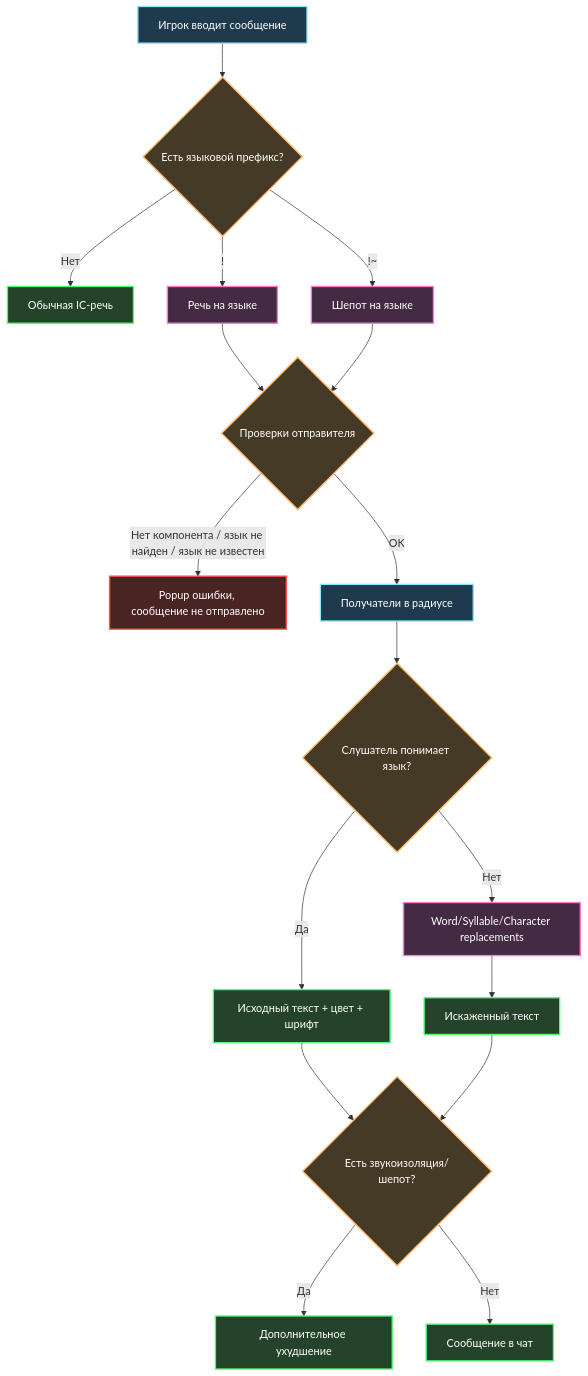
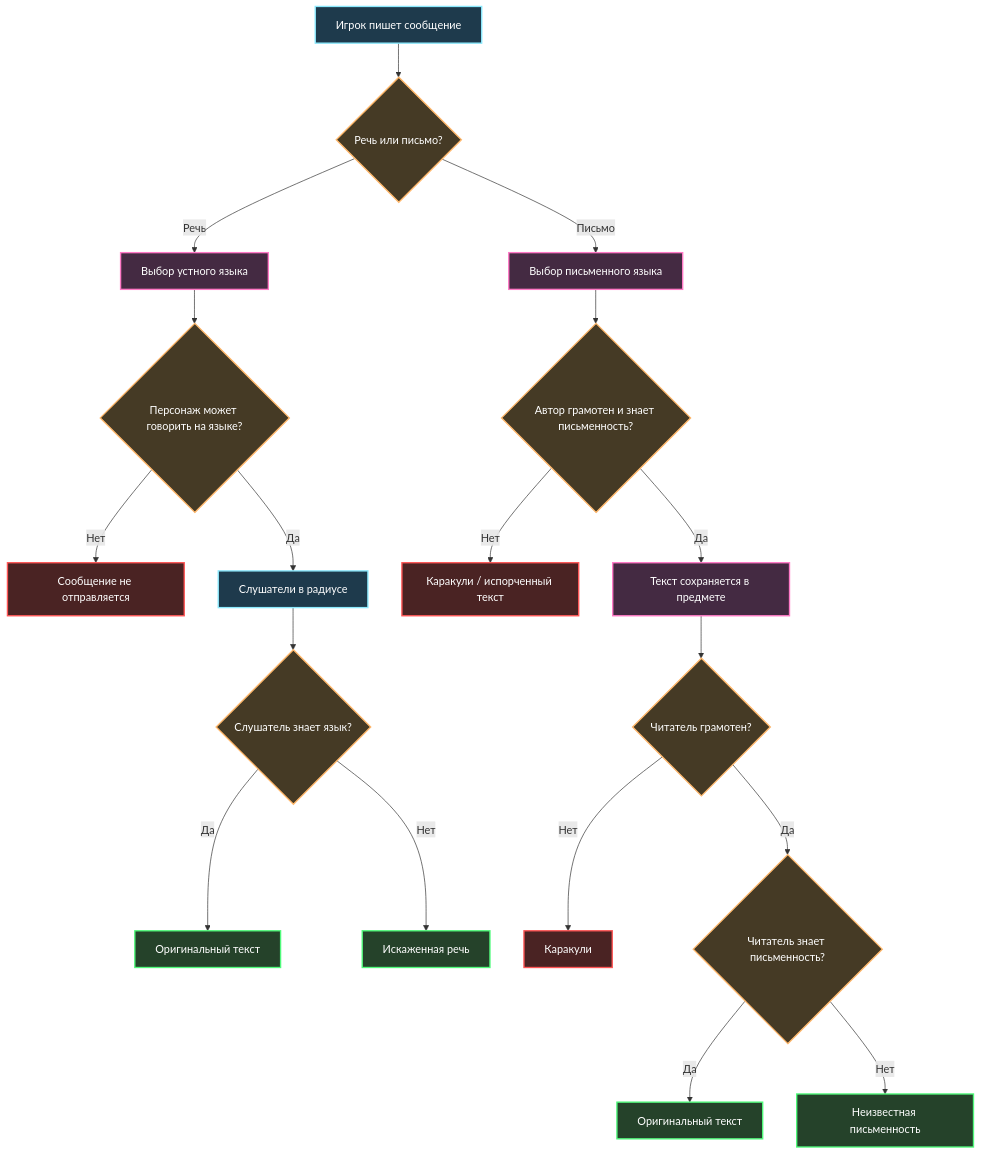
The diagram in src/social/languages.md (Shelkarian/Shelkarian.github.io), drawn with Mermaid before and after one commit. The commit also changed other lines of this file, not shown here.

````diff
--- a/src/social/languages.md
+++ b/src/social/languages.md
@@ -105,28 +171,28 @@
 ```mermaid
 graph TD
     classDef actor fill:#1e3a4c,stroke:#8be9fd,stroke-width:2px,color:#fff;
-    classDef data fill:#442a42,stroke:#ff79c6,stroke-width:2px,color:#fff;
     classDef check fill:#453a25,stroke:#ffb86c,stroke-width:2px,color:#fff;
     classDef result fill:#25422a,stroke:#50fa7b,stroke-width:2px,color:#fff;
     classDef fail fill:#4a2323,stroke:#ff5555,stroke-width:2px,color:#fff;
+    classDef item fill:#442a42,stroke:#ff79c6,stroke-width:2px,color:#fff;
 
-    Input["Игрок вводит сообщение"]:::actor --> Prefix{"Есть языковой префикс?"}:::check
-    Prefix -- "Нет" --> Local["Обычная IC-речь"]:::result
-    Prefix -- "!<key>" --> LangKey["Речь на языке"]:::data
-    Prefix -- "!~<key>" --> WhisperKey["Шепот на языке"]:::data
+    Start["Игрок пишет сообщение"]:::actor --> Mode{"Речь или письмо?"}:::check
 
-    LangKey --> SenderChecks{"Проверки отправителя"}:::check
-    WhisperKey --> SenderChecks
-    SenderChecks -- "Нет компонента / язык не найден / язык не известен" --> Error["Popup ошибки, сообщение не отправлено"]:::fail
-    SenderChecks -- "OK" --> Recipients["Получатели в радиусе"]:::actor
+    Mode -- "Речь" --> SelectSpeech["Выбор устного языка"]:::item
+    SelectSpeech --> CanSpeak{"Персонаж может говорить на языке?"}:::check
+    CanSpeak -- "Нет" --> SpeechFail["Сообщение не отправляется"]:::fail
+    CanSpeak -- "Да" --> Hearers["Слушатели в радиусе"]:::actor
+    Hearers --> KnowSpeech{"Слушатель знает язык?"}:::check
+    KnowSpeech -- "Да" --> ClearSpeech["Оригинальный текст"]:::result
+    KnowSpeech -- "Нет" --> BadSpeech["Искаженная речь"]:::result
 
-    Recipients --> Understands{"Слушатель понимает язык?"}:::check
-    Understands -- "Да" --> Original["Исходный текст + цвет + шрифт"]:::result
-    Understands -- "Нет" --> Dataset["Word/Syllable/Character replacements"]:::data
-    Dataset --> Distortion["Искаженный текст"]:::result
-
-    Original --> Insulation{"Есть звукоизоляция/шепот?"}:::check
-    Distortion --> Insulation
-    Insulation -- "Да" --> ExtraObfuscation["Дополнительное ухудшение"]:::result
-    Insulation -- "Нет" --> Chat["Сообщение в чат"]:::result
+    Mode -- "Письмо" --> SelectWriting["Выбор письменного языка"]:::item
+    SelectWriting --> AuthorLit{"Автор грамотен и знает письменность?"}:::check
+    AuthorLit -- "Нет" --> BadWriting["Каракули / испорченный текст"]:::fail
+    AuthorLit -- "Да" --> Book["Текст сохраняется в предмете"]:::item
+    Book --> ReaderLit{"Читатель грамотен?"}:::check
+    ReaderLit -- "Нет" --> Scribbles["Каракули"]:::fail
+    ReaderLit -- "Да" --> KnowWriting{"Читатель знает письменность?"}:::check
+    KnowWriting -- "Да" --> ClearBook["Оригинальный текст"]:::result
+    KnowWriting -- "Нет" --> BadBook["Неизвестная письменность"]:::result
 ```
````
